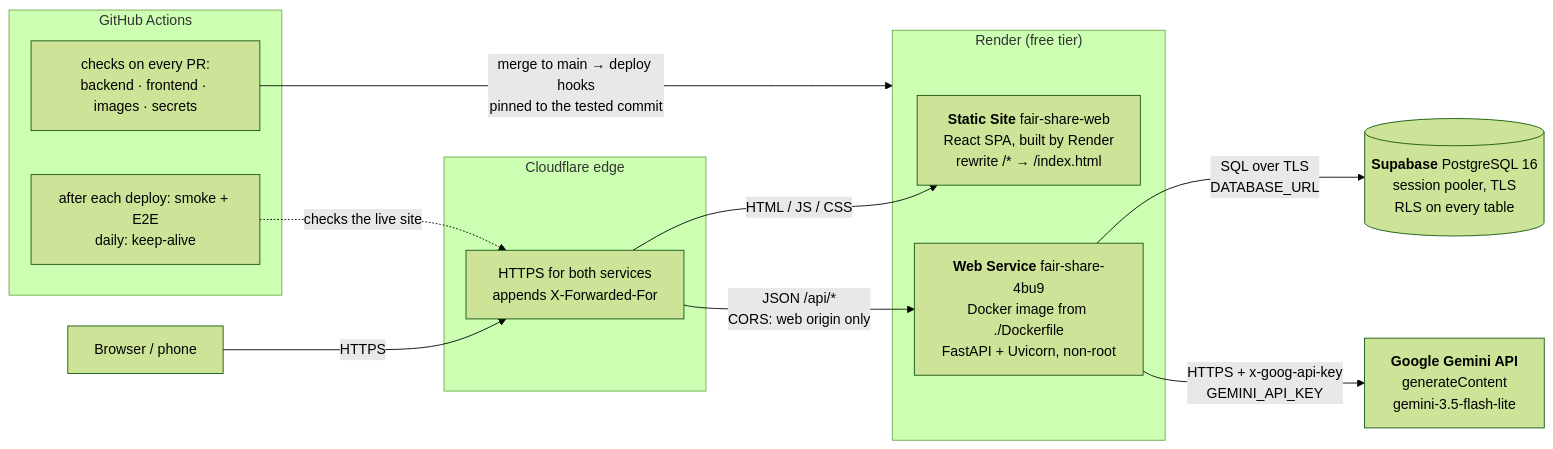
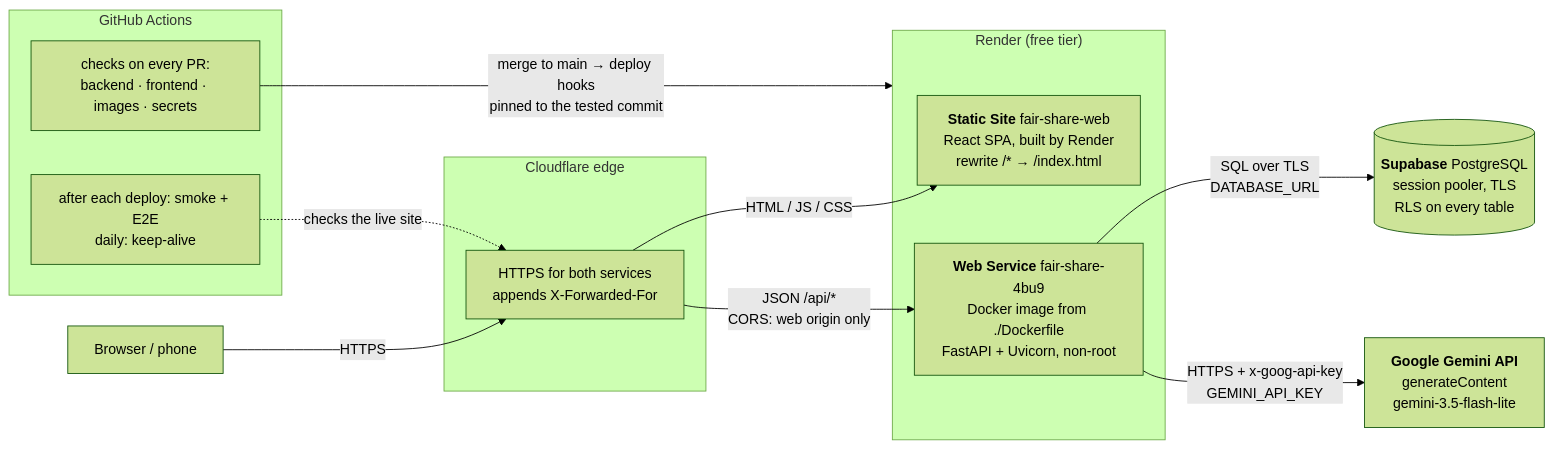
The first of 5 diagrams in docs/ARCHITECTURE.md (NeitLN/Fair-Share), drawn with Mermaid (forest theme) before and after one commit. The commit also changed 3 other files, not shown here.

First line of the commit message:
docs(diagrams): do not state a Supabase version we have not checked

````diff
--- a/docs/ARCHITECTURE.md
+++ b/docs/ARCHITECTURE.md
@@ -16,29 +16,29 @@
 ```mermaid
 flowchart LR
     U["Browser / phone"]
 
     subgraph CF["Cloudflare edge"]
         EDGE["HTTPS for both services<br/>appends X-Forwarded-For"]
     end
 
     subgraph Render["Render (free tier)"]
         WEB["<b>Static Site</b> fair-share-web<br/>React SPA, built by Render<br/>rewrite /* → /index.html"]
         API["<b>Web Service</b> fair-share-4bu9<br/>Docker image from ./Dockerfile<br/>FastAPI + Uvicorn, non-root"]
     end
 
-    DB[("<b>Supabase</b> PostgreSQL 16<br/>session pooler, TLS<br/>RLS on every table")]
+    DB[("<b>Supabase</b> PostgreSQL<br/>session pooler, TLS<br/>RLS on every table")]
     AI["<b>Google Gemini API</b><br/>generateContent<br/>gemini-3.5-flash-lite"]
 
     subgraph GH["GitHub Actions"]
         CI["checks on every PR:<br/>backend · frontend · images · secrets"]
         POST["after each deploy: smoke + E2E<br/>daily: keep-alive"]
     end
 
     U -- "HTTPS" --> EDGE
     EDGE -- "HTML / JS / CSS" --> WEB
     EDGE -- "JSON /api/*<br/>CORS: web origin only" --> API
     API -- "SQL over TLS<br/>DATABASE_URL" --> DB
     API -- "HTTPS + x-goog-api-key<br/>GEMINI_API_KEY" --> AI
     CI -- "merge to main → deploy hooks<br/>pinned to the tested commit" --> Render
     POST -. "checks the live site" .-> EDGE
 ```
````
